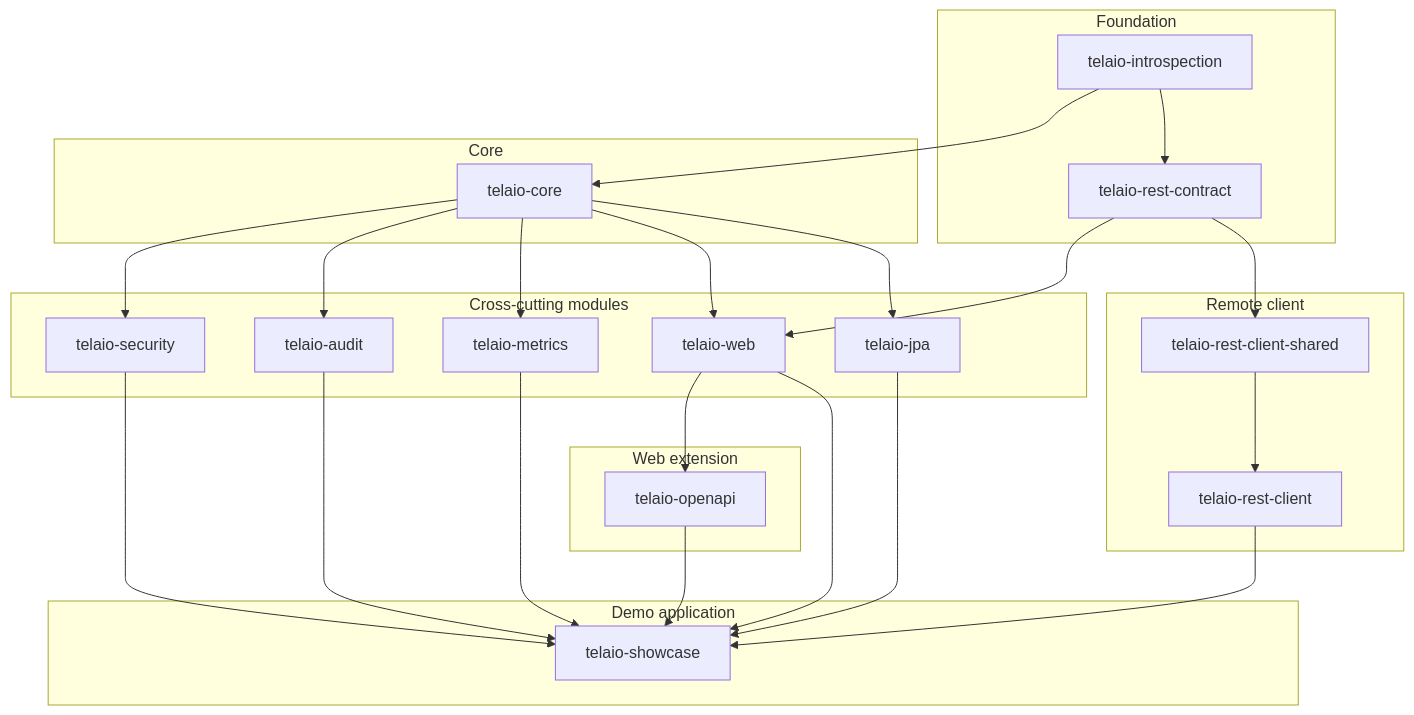
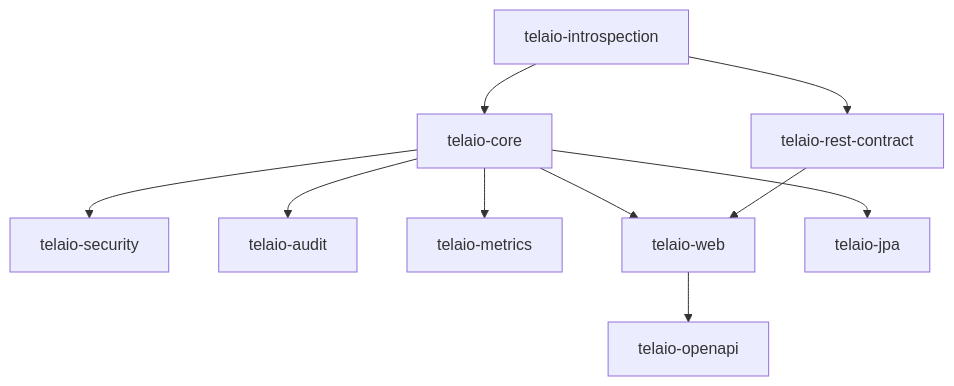
The first of 2 diagrams in README.md (marcopag90/telaio), drawn with Mermaid before and after one commit. The commit also changed other lines of this file and 1 other file, not shown here.

Commit message:
docs: split the module graphs into server and client stacks
Drop telaio-showcase from the architecture and README diagrams (it is
the demo app, not part of the architecture) and split the remaining
graph into a server stack and a linear client stack, each readable on
its own with telaio-rest-contract as the hinge. Also drop cross-file
anchors from README links: GitHub does not reliably scroll to the
section when navigating between rendered markdown files.

````diff
--- a/README.md
+++ b/README.md
@@ -349,46 +355,12 @@
 ```mermaid
 graph TD
-    subgraph Foundation
-        INTRO[telaio-introspection]
-        CONTRACT[telaio-rest-contract]
-    end
-    subgraph Core
-        CORE[telaio-core]
-    end
-    subgraph "Cross-cutting modules"
-        SEC[telaio-security]
-        AUDIT[telaio-audit]
-        METRICS[telaio-metrics]
-        WEB[telaio-web]
-        JPA[telaio-jpa]
-    end
-    subgraph "Web extension"
-        OPENAPI[telaio-openapi]
-    end
-    subgraph "Remote client"
-        CLIENTSHARED[telaio-rest-client-shared]
-        CLIENT[telaio-rest-client]
-    end
-    subgraph "Demo application"
-        SHOWCASE[telaio-showcase]
-    end
-
-    INTRO --> CORE
-    INTRO --> CONTRACT
+    INTRO[telaio-introspection] --> CORE[telaio-core]
+    INTRO --> CONTRACT[telaio-rest-contract]
+    CORE --> SEC[telaio-security]
+    CORE --> AUDIT[telaio-audit]
+    CORE --> METRICS[telaio-metrics]
+    CORE --> WEB[telaio-web]
+    CORE --> JPA[telaio-jpa]
     CONTRACT --> WEB
-    CONTRACT --> CLIENTSHARED
-    CLIENTSHARED --> CLIENT
-    CORE --> SEC
-    CORE --> AUDIT
-    CORE --> METRICS
-    CORE --> WEB
-    CORE --> JPA
-    WEB --> OPENAPI
-    SEC --> SHOWCASE
-    AUDIT --> SHOWCASE
-    METRICS --> SHOWCASE
-    WEB --> SHOWCASE
-    JPA --> SHOWCASE
-    OPENAPI --> SHOWCASE
-    CLIENT --> SHOWCASE
+    WEB --> OPENAPI[telaio-openapi]
 ```
````
